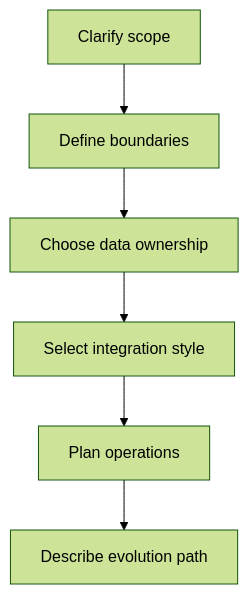
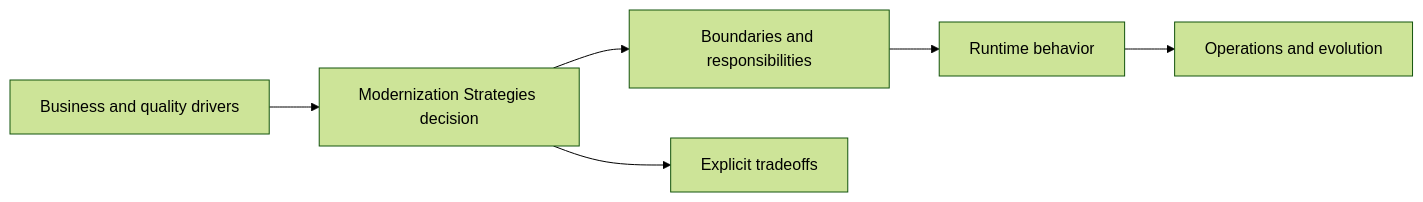
One commit to abstractinterviews/abstractinterviews.github.io changed the second of 3 diagrams in architecture/evolution/modernization-strategies/index.md. Above: the diagram before and after it, drawn with Mermaid (forest theme). The commit also changed other lines of this file and 278 other files, not shown here.

````diff
--- a/architecture/evolution/modernization-strategies/index.md
+++ b/architecture/evolution/modernization-strategies/index.md
@@ -107,8 +98,8 @@
-~~~mermaid
-flowchart TD
-    Scope["Clarify scope"] --> Boundaries["Define boundaries"]
-    Boundaries --> Data["Choose data ownership"]
-    Data --> Integration["Select integration style"]
-    Integration --> Ops["Plan operations"]
-    Ops --> Evolution["Describe evolution path"]
-~~~
+```mermaid
+flowchart LR
+    Drivers["Business and quality drivers"] --> Decision["Modernization Strategies decision"]
+    Decision --> Structure["Boundaries and responsibilities"]
+    Structure --> Runtime["Runtime behavior"]
+    Runtime --> Ops["Operations and evolution"]
+    Decision --> Tradeoffs["Explicit tradeoffs"]
+```
````
